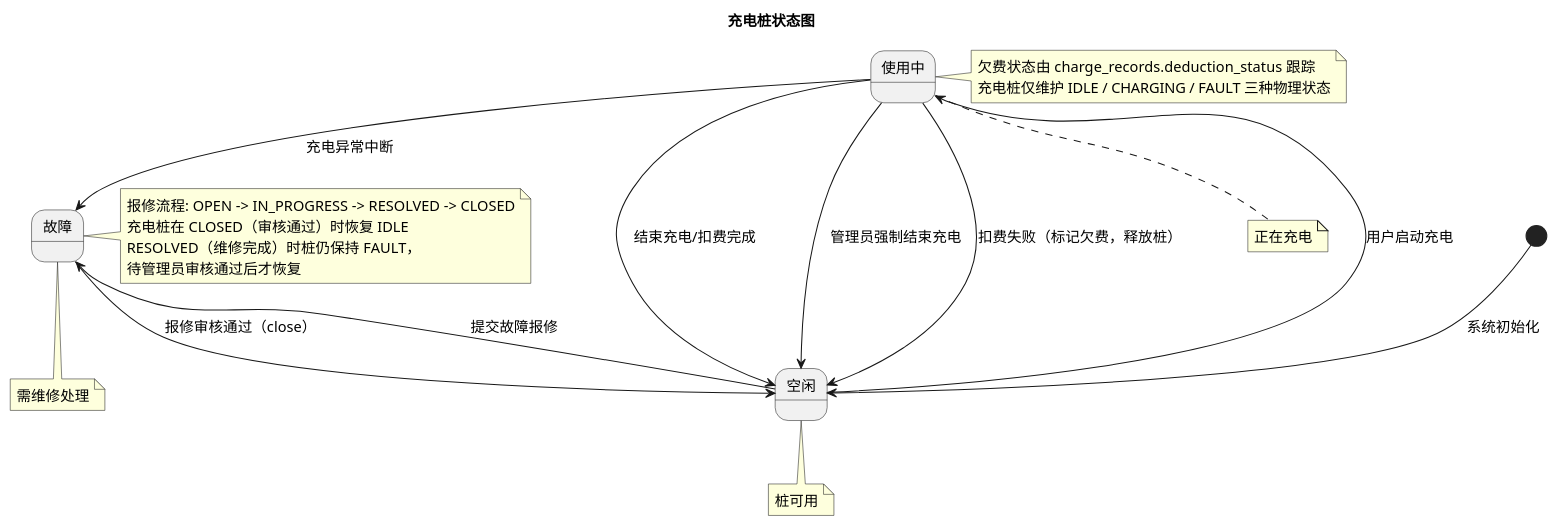
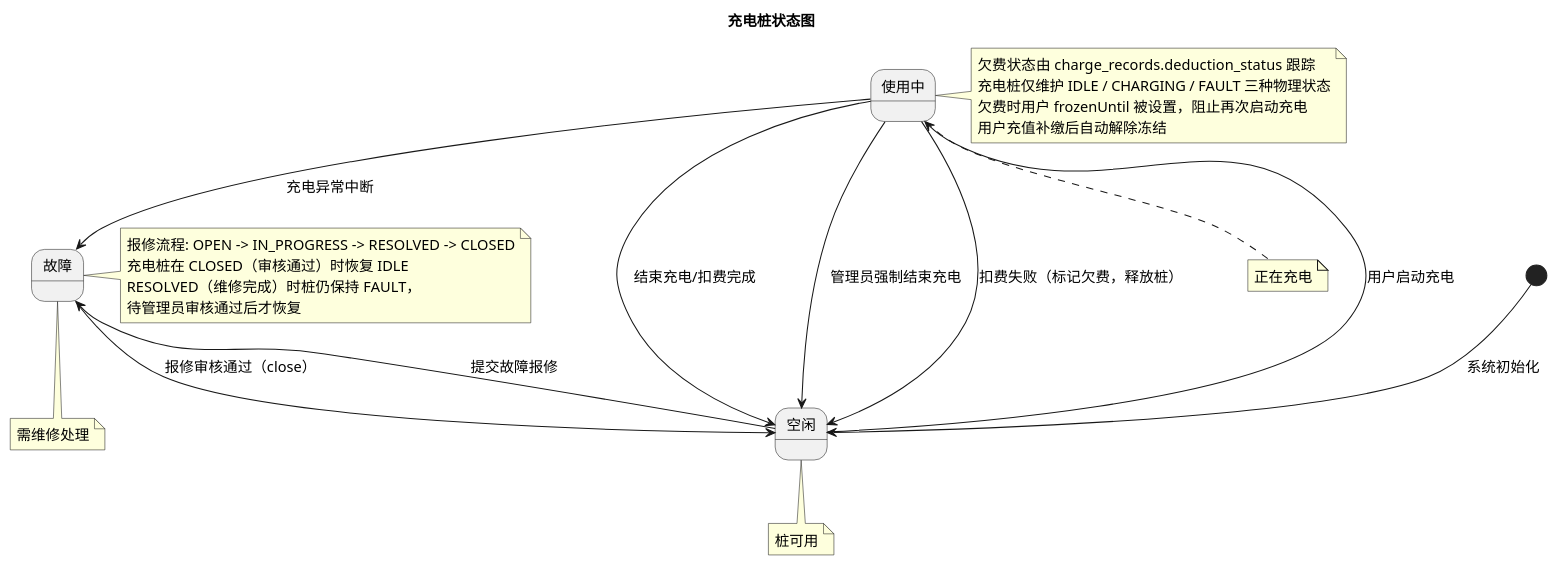
Before and after one commit to greenhandzdl/charging-station-doc: the diagram in status/src/state_charger.puml, drawn with PlantUML. The commit also changed 21 other files, not shown here.

First line of the commit message:
fix: 架构与安全评估第四轮修复 — 支付记录用例、故障桩列表、Nginx隔离强化、时序图一致性

```diff
--- a/status/src/state_charger.puml
+++ b/status/src/state_charger.puml
@@ -1,26 +1,26 @@
 @startuml
 skinparam defaultFontName "Noto Sans CJK SC"
 skinparam defaultFontSize 14
 title 充电桩状态图
 
 state "空闲" as IDLE
 state "使用中" as CHARGING
 state "故障" as FAULT
 
 [*] --> IDLE : 系统初始化
 IDLE --> CHARGING : 用户启动充电
 CHARGING --> IDLE : 结束充电/扣费完成
 CHARGING --> IDLE : 管理员强制结束充电
 CHARGING --> FAULT : 充电异常中断
 	CHARGING --> IDLE : 扣费失败（标记欠费，释放桩）
 IDLE --> FAULT : 提交故障报修
 FAULT --> IDLE : 报修审核通过（close）
 
 note bottom of IDLE : 桩可用
 note bottom of CHARGING : 正在充电
 note bottom of FAULT : 需维修处理
 
-note right of CHARGING : 欠费状态由 charge_records.deduction_status 跟踪\n充电桩仅维护 IDLE / CHARGING / FAULT 三种物理状态
+note right of CHARGING : 欠费状态由 charge_records.deduction_status 跟踪\n充电桩仅维护 IDLE / CHARGING / FAULT 三种物理状态\n欠费时用户 frozenUntil 被设置，阻止再次启动充电\n用户充值补缴后自动解除冻结
 
 note right of FAULT : 报修流程: OPEN -> IN_PROGRESS -> RESOLVED -> CLOSED\n充电桩在 CLOSED（审核通过）时恢复 IDLE\nRESOLVED（维修完成）时桩仍保持 FAULT，\n待管理员审核通过后才恢复
 @enduml
```
